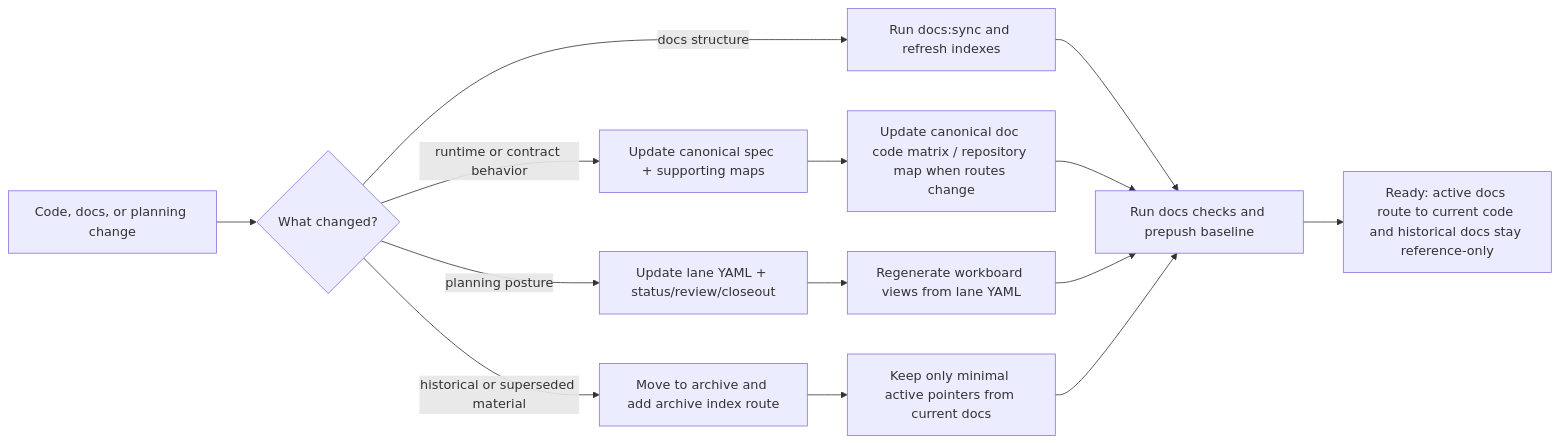
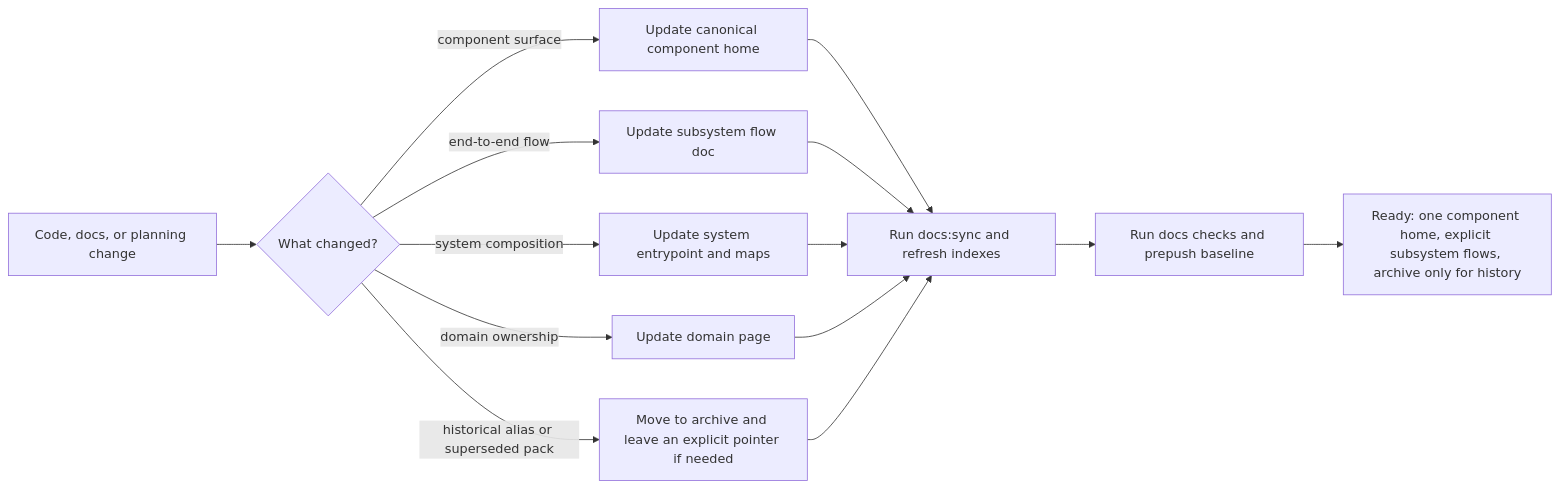
One commit to dunay2/dvt changed the second of 2 diagrams in docs/planning/status/documentation-information-architecture-current-vs-target-20260407.md. Above: the diagram before and after it, drawn with Mermaid. The commit also changed other lines of this file and 32 other files, not shown here.

Commit message:
docs(docs): Align architecture docs to system and component views

````diff
--- a/docs/planning/status/documentation-information-architecture-current-vs-target-20260407.md
+++ b/docs/planning/status/documentation-information-architecture-current-vs-target-20260407.md
@@ -86,19 +70,18 @@
 ```mermaid
 flowchart LR
   Change["Code, docs, or planning change"] --> Classify{"What changed?"}
 
-  Classify -->|runtime or contract behavior| CanonicalUpdate["Update canonical spec + supporting maps"]
-  Classify -->|planning posture| PlanningUpdate["Update lane YAML + status/review/closeout"]
-  Classify -->|historical or superseded material| ArchiveMove["Move to archive and add archive index route"]
-  Classify -->|docs structure| Sync["Run docs:sync and refresh indexes"]
+  Classify -->|component surface| ComponentDoc["Update canonical component home"]
+  Classify -->|end-to-end flow| SubsystemDoc["Update subsystem flow doc"]
+  Classify -->|system composition| SystemDoc["Update system entrypoint and maps"]
+  Classify -->|domain ownership| DomainDoc["Update domain page"]
+  Classify -->|historical alias or superseded pack| ArchiveMove["Move to archive and leave an explicit pointer if needed"]
 
-  CanonicalUpdate --> Matrix["Update canonical doc code matrix / repository map when routes change"]
-  PlanningUpdate --> Workboard["Regenerate workboard views from lane YAML"]
-  ArchiveMove --> Pointer["Keep only minimal active pointers from current docs"]
+  ComponentDoc --> Sync["Run docs:sync and refresh indexes"]
+  SubsystemDoc --> Sync
+  SystemDoc --> Sync
+  DomainDoc --> Sync
+  ArchiveMove --> Sync
   Sync --> Validate["Run docs checks and prepush baseline"]
-  Matrix --> Validate
-  Workboard --> Validate
-  Pointer --> Validate
-
-  Validate --> Ready["Ready: active docs route to current code and historical docs stay reference-only"]
+  Validate --> Ready["Ready: one component home, explicit subsystem flows, archive only for history"]
 ```
````
